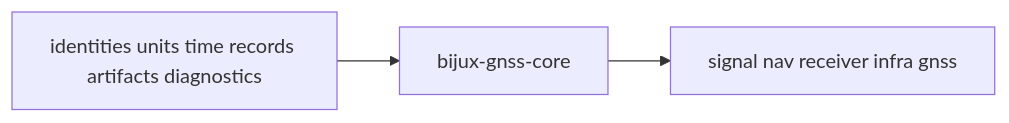
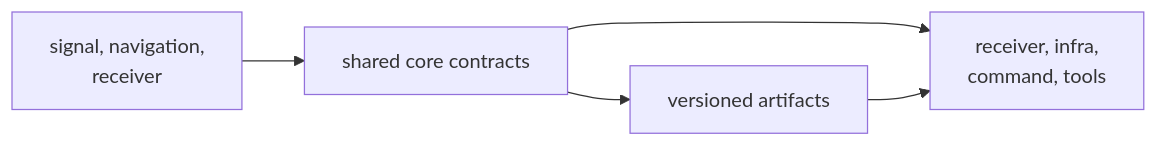
The diagram in docs/02-bijux-gnss-core/foundation/package-overview.md (bijux/bijux-telecom), drawn with Mermaid before and after one commit. The commit also changed other lines of this file and 1 other file, not shown here.

Commit message:
docs(core): orient shared contract readers

````diff
--- a/docs/02-bijux-gnss-core/foundation/package-overview.md
+++ b/docs/02-bijux-gnss-core/foundation/package-overview.md
@@ -22,8 +23,10 @@
 ```mermaid
 flowchart LR
-    meaning["identities units time records artifacts diagnostics"]
-    core["bijux-gnss-core"]
-    downstream["signal nav receiver infra gnss"]
+    producers["signal, navigation,<br/>receiver"]
+    core["shared core contracts"]
+    consumers["receiver, infra,<br/>command, tools"]
+    artifacts["versioned artifacts"]
 
-    meaning --> core --> downstream
+    producers --> core --> consumers
+    core --> artifacts --> consumers
 ```
````
